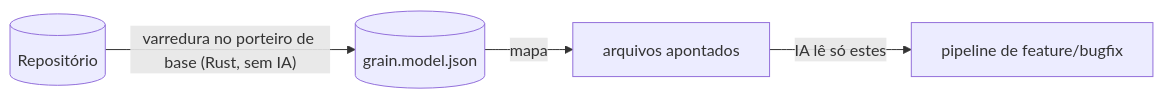
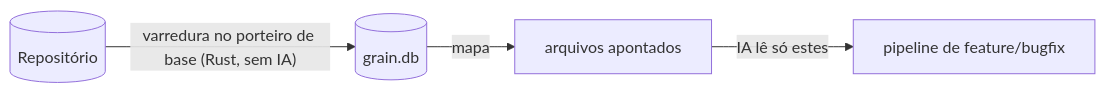
One commit to rubensrpj/mustard changed the first of 2 diagrams in README.md. Above: the diagram before and after it, drawn with Mermaid. The commit also changed other lines of this file and 23 other files, not shown here.

````diff
--- a/README.md
+++ b/README.md
@@ -17,6 +17,6 @@
 ```mermaid
 flowchart LR
-    repo[("Repositório")] -->|"varredura no porteiro de base (Rust, sem IA)"| model[("grain.model.json")]
+    repo[("Repositório")] -->|"varredura no porteiro de base (Rust, sem IA)"| model[("grain.db")]
     model -->|mapa| anchors["arquivos apontados"]
     anchors -->|"IA lê só estes"| work["pipeline de feature/bugfix"]
 ```
````
